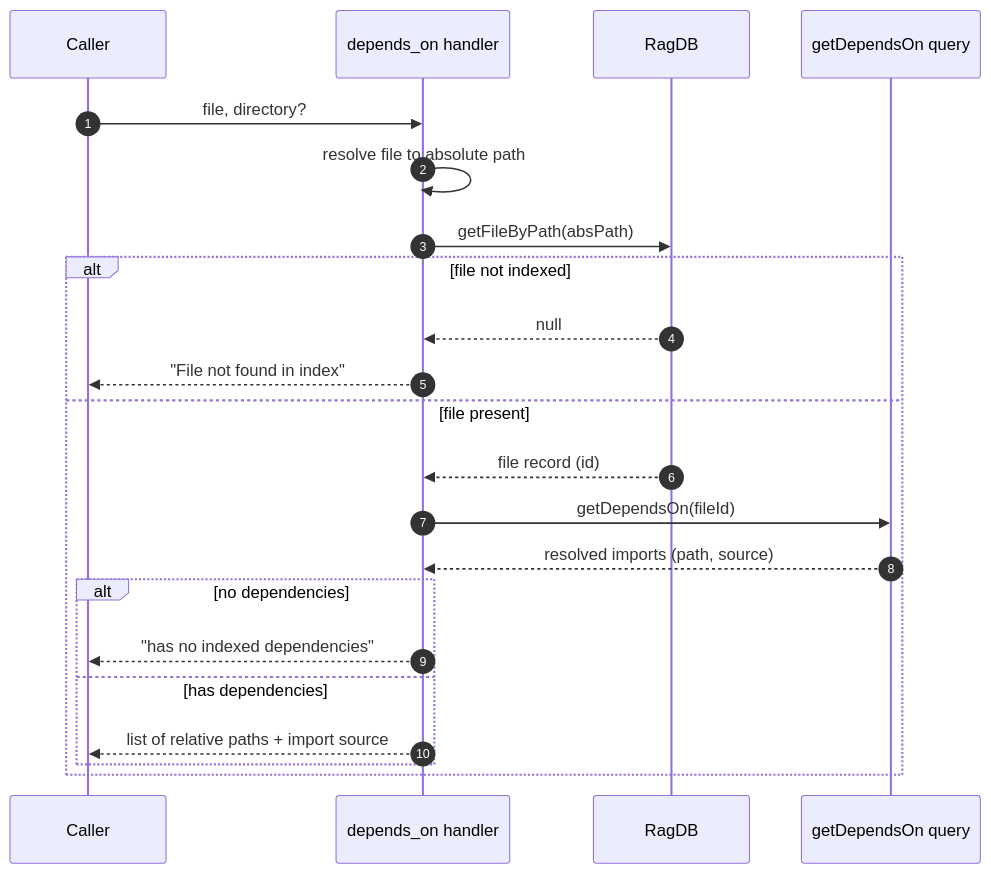
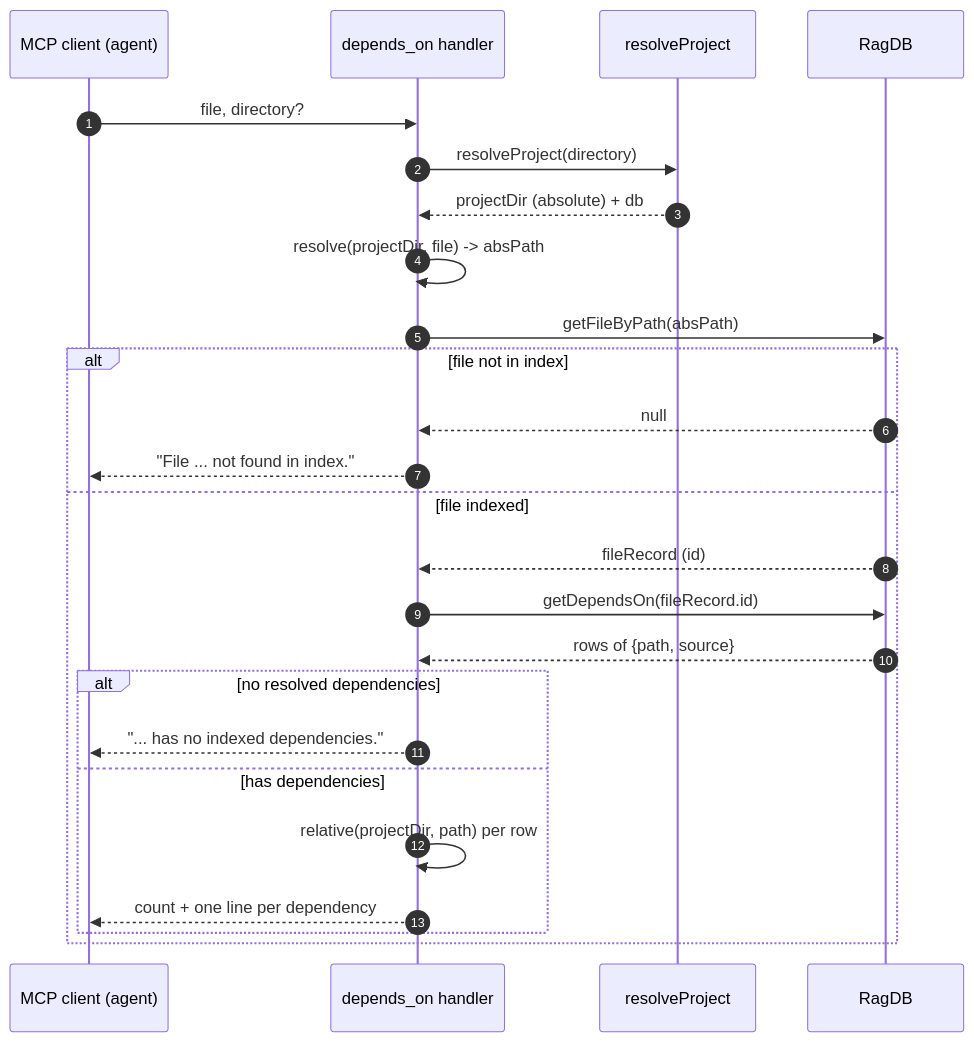
The diagram in wiki/tools/depends-on.md (TheWinci/mimirs), drawn with Mermaid before and after one commit. The commit also changed other lines of this file and 51 other files, not shown here.

````diff
--- a/wiki/tools/depends-on.md
+++ b/wiki/tools/depends-on.md
@@ -9,25 +21,27 @@
 ```mermaid
 sequenceDiagram
-    autonumber
-    participant Caller
-    participant Handler as depends_on handler
-    participant DB as RagDB
-    participant Graph as getDependsOn query
-
-    Caller->>Handler: file, directory?
-    Handler->>Handler: resolve file to absolute path
-    Handler->>DB: getFileByPath(absPath)
-    alt file not indexed
-        DB-->>Handler: null
-        Handler-->>Caller: "File not found in index"
-    else file present
-        DB-->>Handler: file record (id)
-        Handler->>Graph: getDependsOn(fileId)
-        Graph-->>Handler: resolved imports (path, source)
-        alt no dependencies
-            Handler-->>Caller: "has no indexed dependencies"
-        else has dependencies
-            Handler-->>Caller: list of relative paths + import source
-        end
+  autonumber
+  participant Caller as MCP client (agent)
+  participant Tool as depends_on handler
+  participant Proj as resolveProject
+  participant DB as RagDB
+  Caller->>Tool: file, directory?
+  Tool->>Proj: resolveProject(directory)
+  Proj-->>Tool: projectDir (absolute) + db
+  Tool->>Tool: resolve(projectDir, file) -> absPath
+  Tool->>DB: getFileByPath(absPath)
+  alt file not in index
+    DB-->>Tool: null
+    Tool-->>Caller: "File ... not found in index."
+  else file indexed
+    DB-->>Tool: fileRecord (id)
+    Tool->>DB: getDependsOn(fileRecord.id)
+    DB-->>Tool: rows of {path, source}
+    alt no resolved dependencies
+      Tool-->>Caller: "... has no indexed dependencies."
+    else has dependencies
+      Tool->>Tool: relative(projectDir, path) per row
+      Tool-->>Caller: count + one line per dependency
     end
+  end
 ```
````
